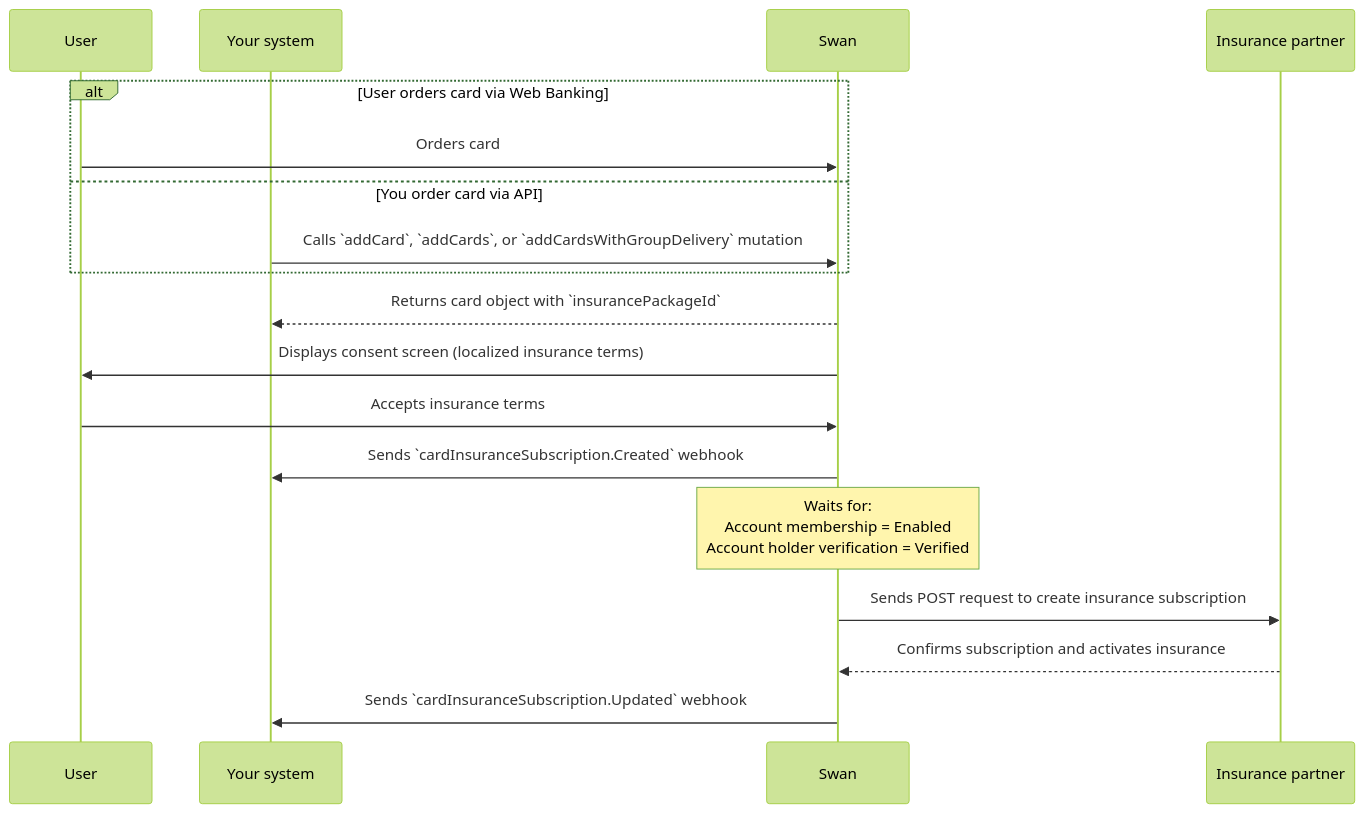
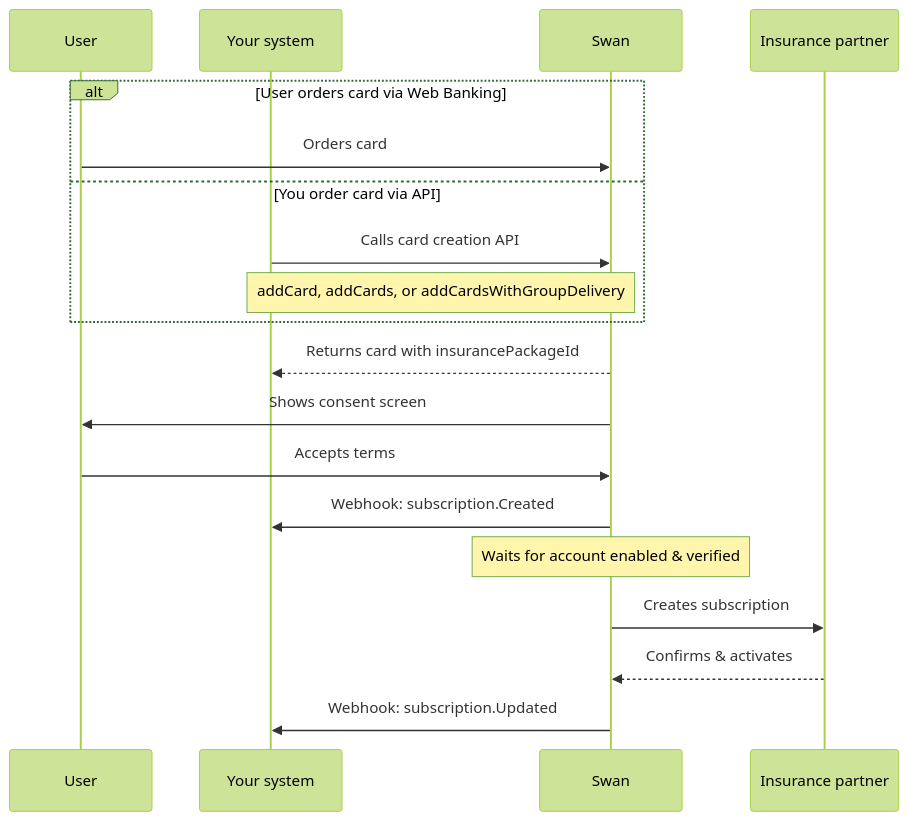
The second of 2 diagrams in docs/topics/cards/overview/insurance-on-cards.mdx (swan-io/docs), drawn with Mermaid (forest theme) before and after one commit. The commit also changed other lines of this file, not shown here.

Commit message:
Implemented tabs & suggested diagram rework

````diff
--- a/docs/topics/cards/overview/insurance-on-cards.mdx
+++ b/docs/topics/cards/overview/insurance-on-cards.mdx
@@ -137,22 +146,23 @@
 ```mermaid
 sequenceDiagram
     participant User
     participant Your system
     participant Swan
     participant Insurance partner
 
     alt User orders card via Web Banking
         User->>Swan: Orders card
     else You order card via API
-        Your system->>Swan: Calls `addCard`, `addCards`, or `addCardsWithGroupDelivery` mutation
+        Your system->>Swan: Calls card creation API
+        Note over Your system,Swan: addCard, addCards, or addCardsWithGroupDelivery
     end
 
-    Swan-->>Your system: Returns card object with `insurancePackageId`
-    Swan->>User: Displays consent screen (localized insurance terms)
-    User->>Swan: Accepts insurance terms
-    Swan->>Your system: Sends `cardInsuranceSubscription.Created` webhook
-    Note over Swan: Waits for:<br>Account membership = Enabled<br>Account holder verification = Verified
-    Swan->>Insurance partner: Sends POST request to create insurance subscription
-    Insurance partner-->>Swan: Confirms subscription and activates insurance
-    Swan->>Your system: Sends `cardInsuranceSubscription.Updated` webhook
+    Swan-->>Your system: Returns card with insurancePackageId
+    Swan->>User: Shows consent screen
+    User->>Swan: Accepts terms
+    Swan->>Your system: Webhook: subscription.Created
+    Note over Swan: Waits for account enabled & verified
+    Swan->>Insurance partner: Creates subscription
+    Insurance partner-->>Swan: Confirms & activates
+    Swan->>Your system: Webhook: subscription.Updated
 ```
````
